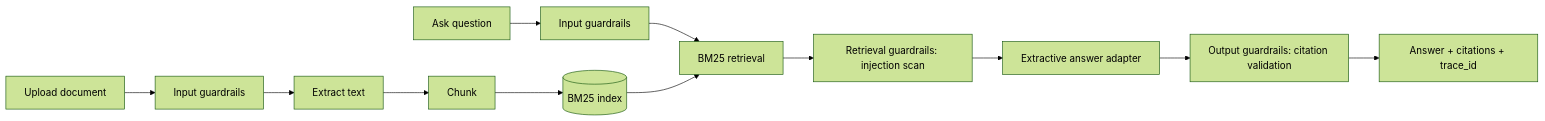
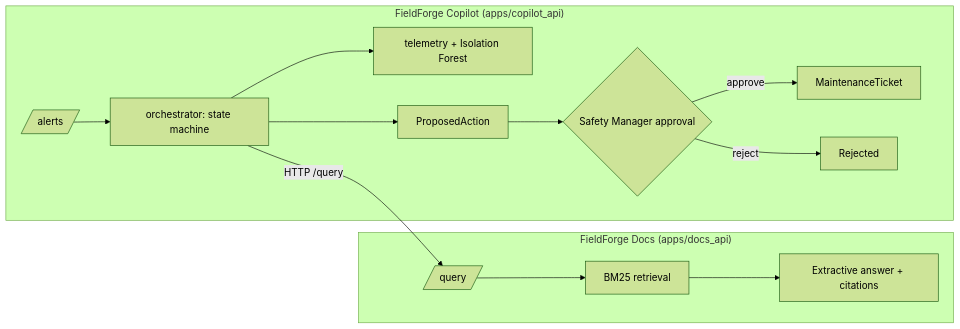
Before and after one commit to Kirandkv/Field: the diagram in README.md, drawn with Mermaid (forest theme). The commit also changed other lines of this file and 45 other files, not shown here.

````diff
--- a/README.md
+++ b/README.md
@@ -29,8 +42,14 @@
 ```mermaid
 flowchart LR
-    U[Upload document] --> G1[Input guardrails] --> EX[Extract text] --> CH[Chunk] --> IDX[(BM25 index)]
-    Q[Ask question] --> G2[Input guardrails] --> R[BM25 retrieval]
-    IDX --> R
-    R --> G3[Retrieval guardrails: injection scan] --> A[Extractive answer adapter]
-    A --> G4[Output guardrails: citation validation] --> RESP[Answer + citations + trace_id]
+    subgraph Docs["FieldForge Docs (apps/docs_api)"]
+        DQ[/query/] --> DR[BM25 retrieval] --> DA[Extractive answer + citations]
+    end
+    subgraph Copilot["FieldForge Copilot (apps/copilot_api)"]
+        CA[/alerts/] --> CO[orchestrator: state machine]
+        CO --> CT[telemetry + Isolation Forest]
+        CO -->|HTTP /query| DQ
+        CO --> CP[ProposedAction] --> CH{Safety Manager approval}
+        CH -->|approve| CTK[MaintenanceTicket]
+        CH -->|reject| CR[Rejected]
+    end
 ```
````
